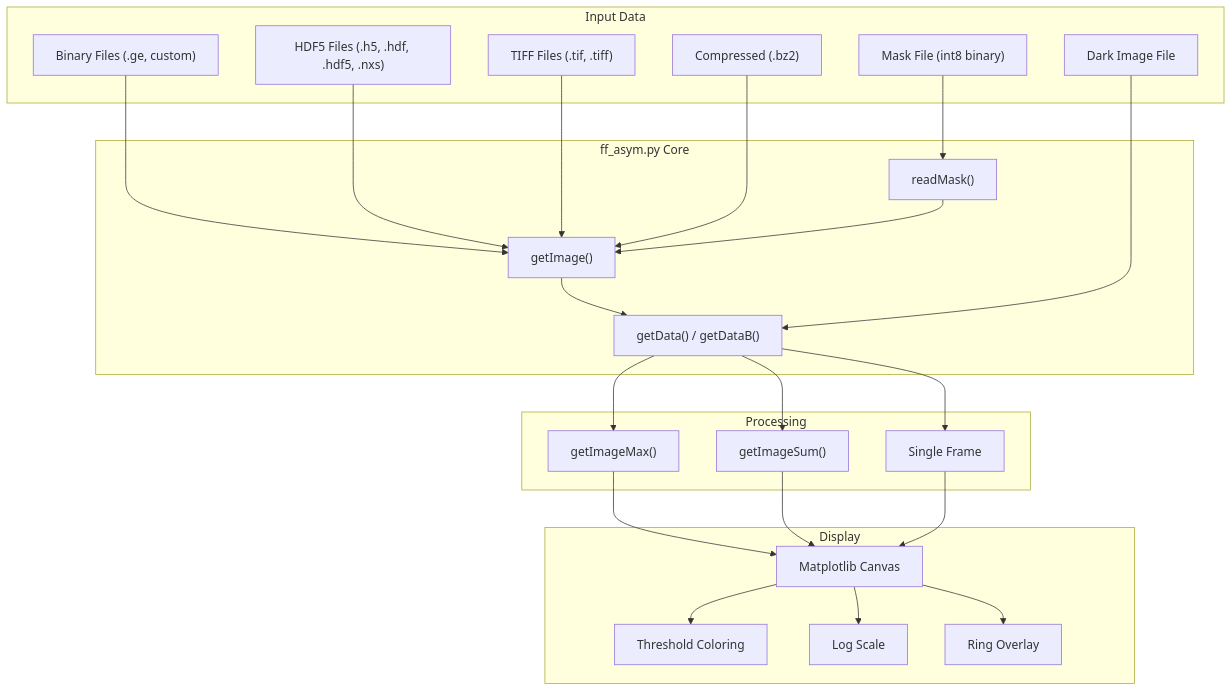
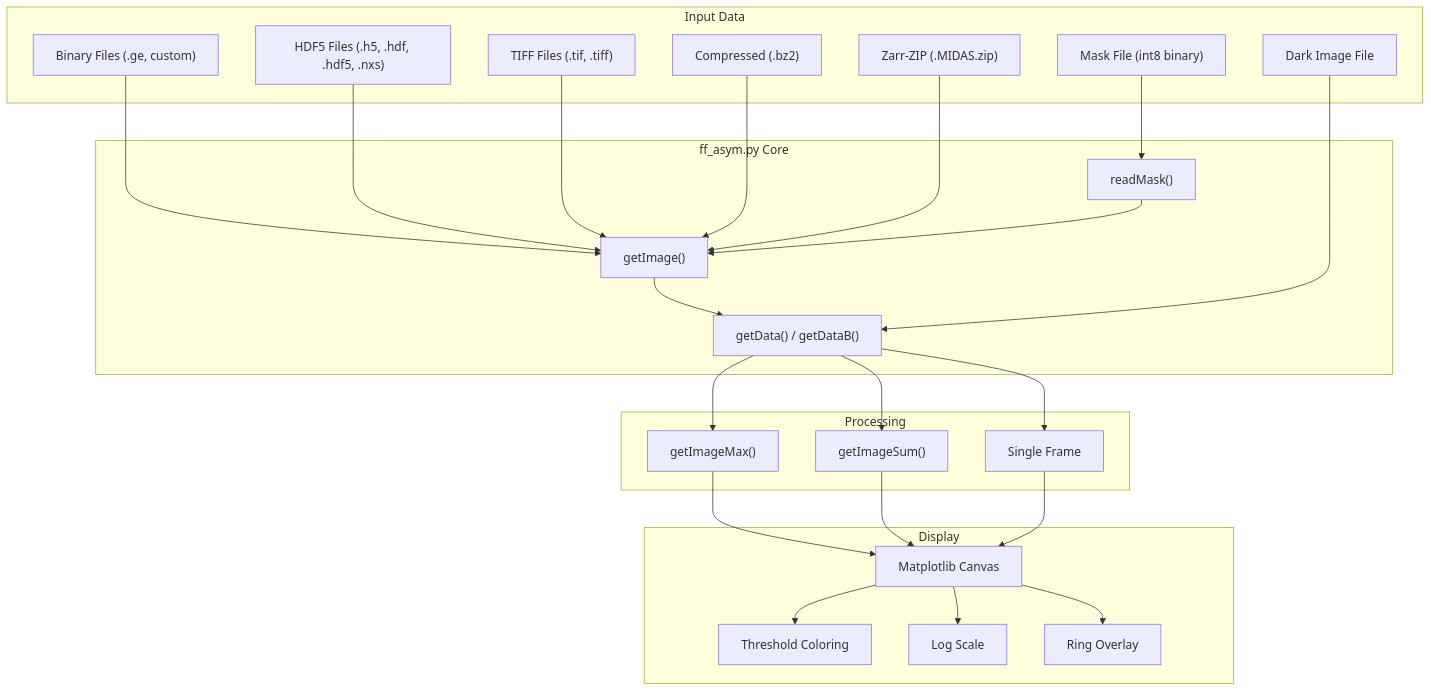
One commit to marinerhemant/MIDAS changed the first of 3 diagrams in manuals/FF_visualization.md. Above: the diagram before and after it, drawn with Mermaid. The commit also changed other lines of this file and 1 other file, not shown here.

First line of the commit message:
feat(gui): add Zarr-ZIP (.MIDAS.zip) support to ff_asym.py

````diff
--- a/manuals/FF_visualization.md
+++ b/manuals/FF_visualization.md
@@ -24,40 +24,42 @@
 ```mermaid
 graph TD
     subgraph "Input Data"
         BIN["Binary Files (.ge, custom)"]
         H5["HDF5 Files (.h5, .hdf, .hdf5, .nxs)"]
         TIF["TIFF Files (.tif, .tiff)"]
         BZ2["Compressed (.bz2)"]
+        ZIP["Zarr-ZIP (.MIDAS.zip)"]
         MASK["Mask File (int8 binary)"]
         DARK["Dark Image File"]
     end
 
     subgraph "ff_asym.py Core"
         GI["getImage()"]
         BIN --> GI
         H5 --> GI
         TIF --> GI
         BZ2 --> GI
+        ZIP --> GI
         RM["readMask()"]
         MASK --> RM
         RM --> GI
         GD["getData() / getDataB()"]
         GI --> GD
         DARK --> GD
     end
 
     subgraph "Processing"
         GD --> MAX["getImageMax()"]
         GD --> SUM["getImageSum()"]
         GD --> SINGLE["Single Frame"]
     end
 
     subgraph "Display"
         MAX --> PLOT["Matplotlib Canvas"]
         SUM --> PLOT
         SINGLE --> PLOT
         PLOT --> THRESH["Threshold Coloring"]
         PLOT --> LOG["Log Scale"]
         PLOT --> RINGS["Ring Overlay"]
     end
 ```
````
